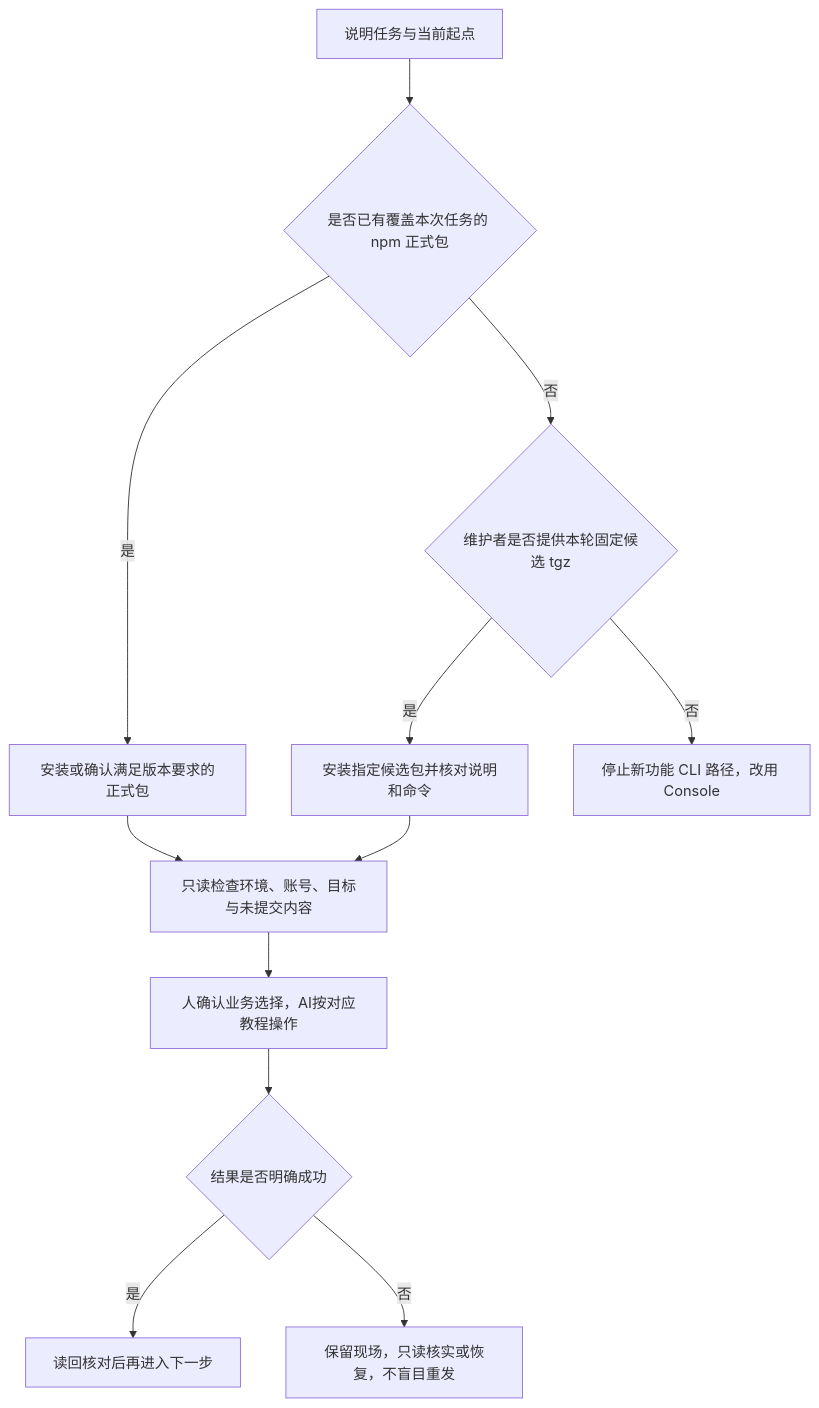
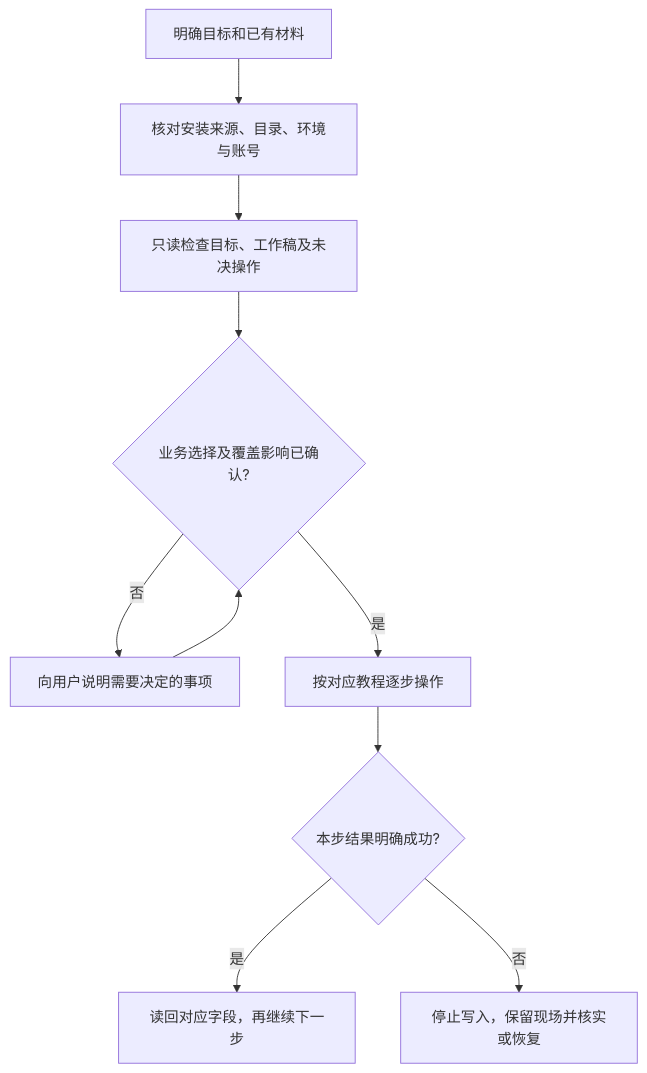
Before and after one commit to freelogfe/freelog-runtime: the diagram in docs-new/site/cli/00-版本选择与AI代办.md, drawn with Mermaid. The commit also changed other lines of this file and 42 other files, not shown here.

````diff
--- a/docs-new/site/cli/00-版本选择与AI代办.md
+++ b/docs-new/site/cli/00-版本选择与AI代办.md
@@ -10,14 +66,12 @@
 ```mermaid
 flowchart TD
-  A[说明任务与当前起点] --> B{是否已有覆盖本次任务的 npm 正式包}
-  B -->|是| C[安装或确认满足版本要求的正式包]
-  B -->|否| D{维护者是否提供本轮固定候选 tgz}
-  D -->|是| E[安装指定候选包并核对说明和命令]
-  D -->|否| F[停止新功能 CLI 路径，改用 Console]
-  C --> G[只读检查环境、账号、目标与未提交内容]
-  E --> G
-  G --> H[人确认业务选择，AI按对应教程操作]
-  H --> I{结果是否明确成功}
-  I -->|是| J[读回核对后再进入下一步]
-  I -->|否| K[保留现场，只读核实或恢复，不盲目重发]
+  A[明确目标和已有材料] --> B[核对安装来源、目录、环境与账号]
+  B --> C[只读检查目标、工作稿及未决操作]
+  C --> D{业务选择及覆盖影响已确认?}
+  D -->|否| E[向用户说明需要决定的事项]
+  E --> D
+  D -->|是| F[按对应教程逐步操作]
+  F --> G{本步结果明确成功?}
+  G -->|是| H[读回对应字段，再继续下一步]
+  G -->|否| I[停止写入，保留现场并核实或恢复]
 ```
````
